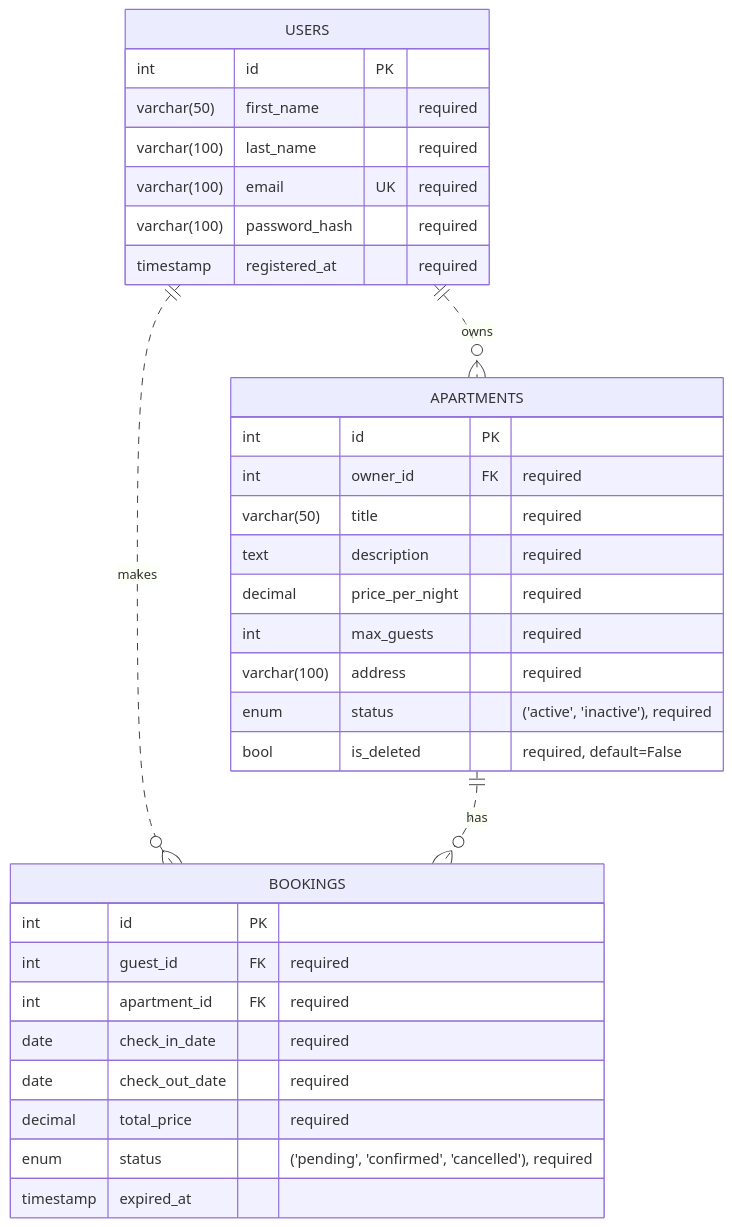
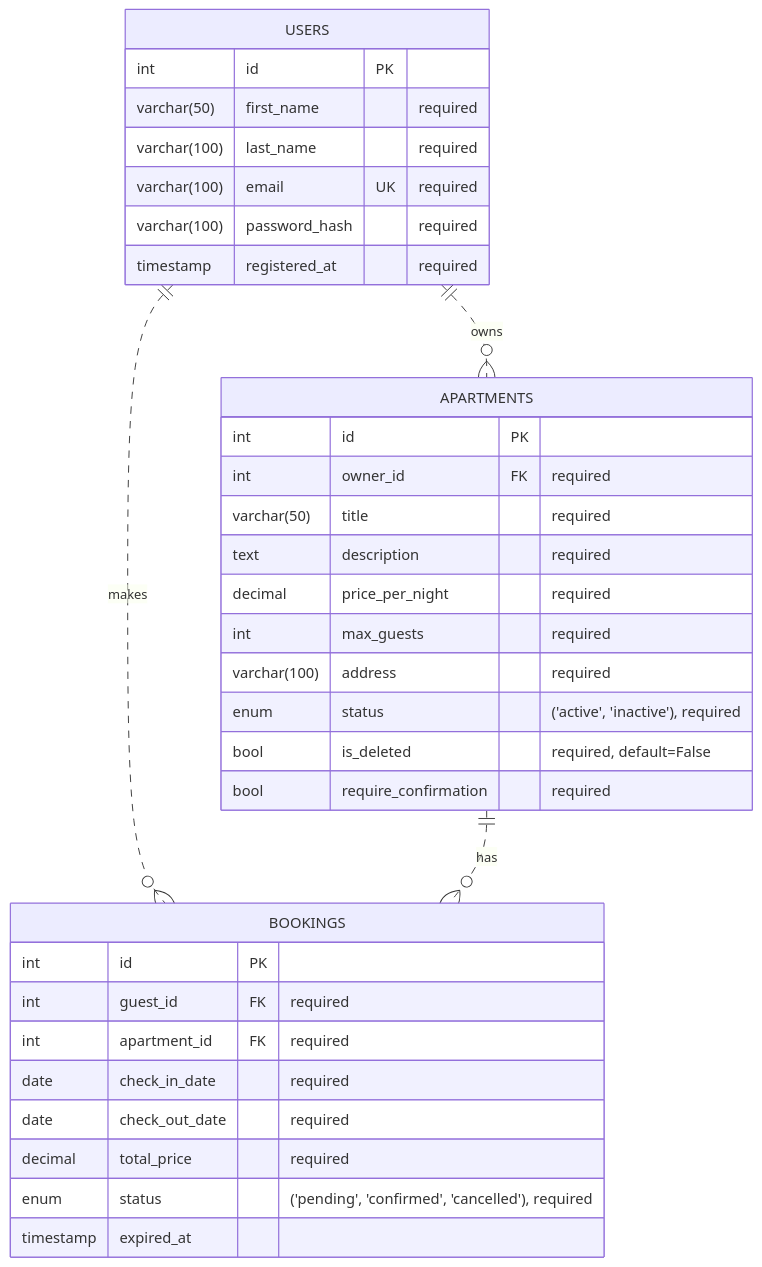
Before and after one commit to opvlad/kpi-mavpz: the diagram in lab1/erd.md, drawn with Mermaid.

Commit message:
fix: added require_confirmation to Apartments

````diff
--- a/lab1/erd.md
+++ b/lab1/erd.md
@@ -1,38 +1,39 @@
 ```mermaid
 erDiagram
     USERS {
         int id PK
         varchar(50) first_name "required"
         varchar(100) last_name "required"
         varchar(100) email UK "required"
         varchar(100) password_hash "required"
         timestamp registered_at "required"
     }
     APARTMENTS {
         int id PK
         int owner_id FK "required"
         varchar(50) title "required"
         text description "required"
         decimal price_per_night "required"
         int max_guests "required"
         varchar(100) address "required"
         enum status
         "('active', 'inactive'), required"
         bool is_deleted "required, default=False"
+        bool require_confirmation "required"
     }
     BOOKINGS {
         int id PK
         int guest_id FK "required"
         int apartment_id FK "required"
         date check_in_date "required"
         date check_out_date "required"
         decimal total_price "required"
         enum status
         "('pending', 'confirmed', 'cancelled'), required"
         timestamp expired_at
     }
 
     USERS ||..o{ BOOKINGS : makes
     USERS ||..o{ APARTMENTS : owns
     APARTMENTS ||..o{ BOOKINGS : has
 ```
````
